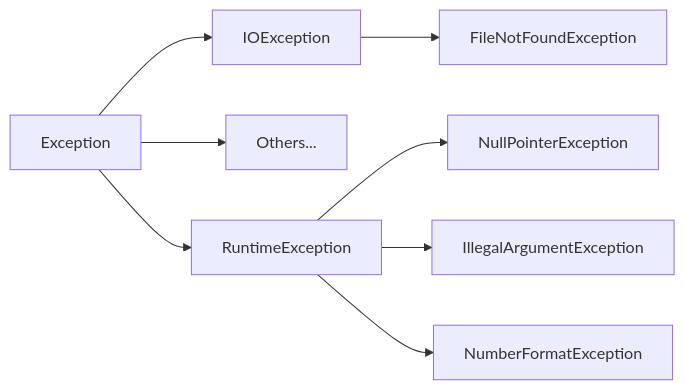
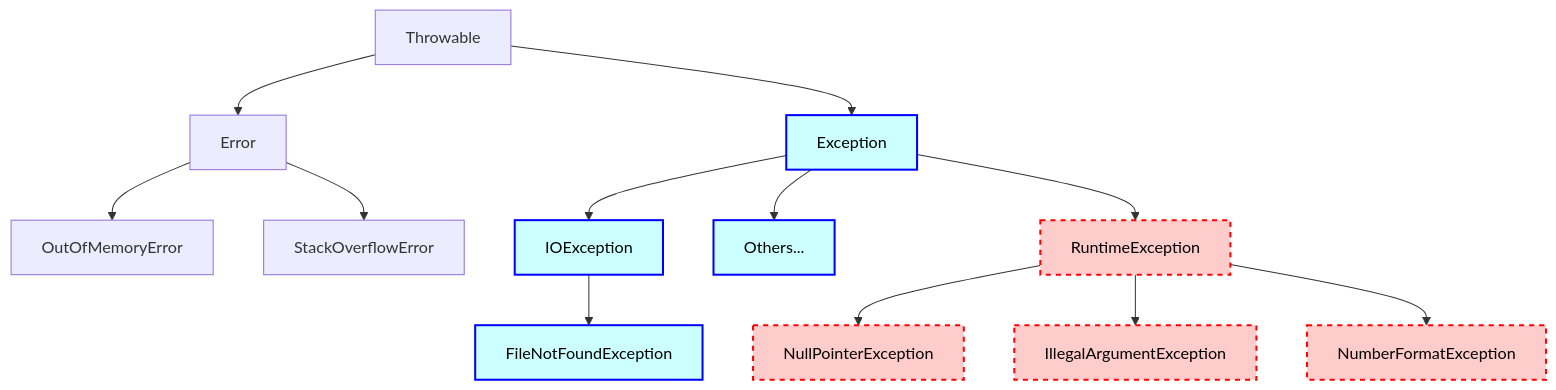
Before and after one commit to csc203-calpoly/lecture-notes: the diagram in src/18_checked_unchecked/index.md, drawn with Mermaid. The commit also changed other lines of this file and 5 other files, not shown here.

Commit message:
Update the hierarchy diagram to include color

````diff
--- a/src/18_checked_unchecked/index.md
+++ b/src/18_checked_unchecked/index.md
@@ -52,10 +61,20 @@
 ```mermaid
-flowchart LR
+flowchart TD
+  Throwable --> Error
+  Error --> OutOfMemoryError
+  Error --> StackOverflowError
+  Throwable --> Exception
   Exception --> IOException
   Exception --> Others...
   IOException --> FileNotFoundException
   Exception --> RuntimeException
   RuntimeException --> NullPointerException
   RuntimeException --> IllegalArgumentException
   RuntimeException --> NumberFormatException
+
+  classDef runtimeEx fill:#ffcccc,stroke:#ff0000,stroke-width:2px,stroke-dasharray: 5 5,color: #000000
+  classDef checkedEx fill:#ccffff,stroke:#0000ff,stroke-width:2px,color: #000000
+
+  class RuntimeException,NullPointerException,IllegalArgumentException,NumberFormatException runtimeEx
+  class Exception,IOException,FileNotFoundException,Others... checkedEx
 ```
````
